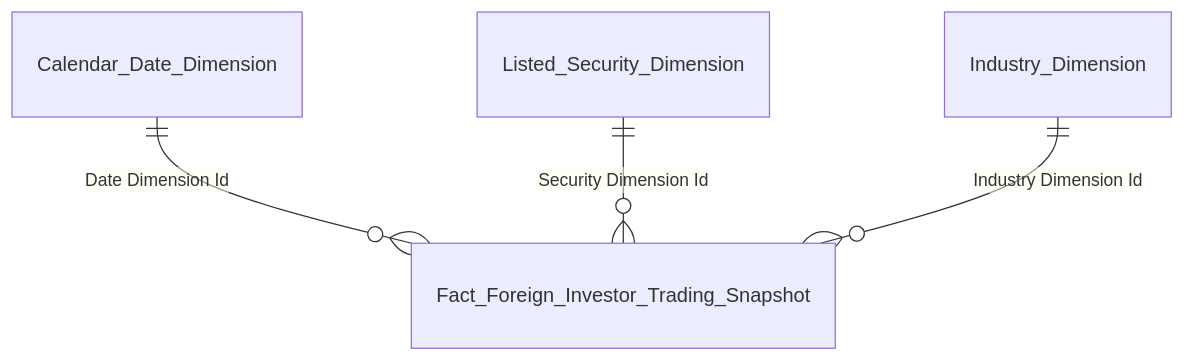
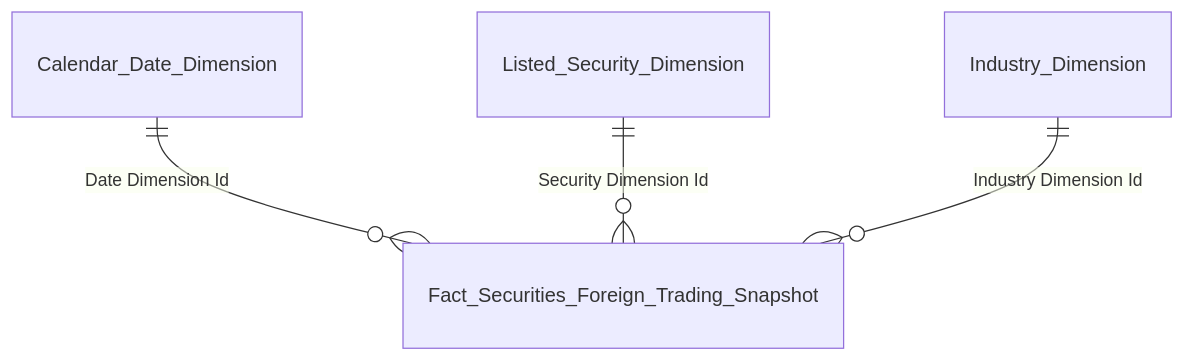
One commit to linhlvit/ubck_atomic_design changed the first of 20 diagrams in Gold/hld/GOLD_NDTNN_HLD.md. Above: the diagram before and after it, drawn with Mermaid. The commit also changed other lines of this file and 1 other file, not shown here.

````diff
--- a/Gold/hld/GOLD_NDTNN_HLD.md
+++ b/Gold/hld/GOLD_NDTNN_HLD.md
@@ -52,6 +52,6 @@
 ```mermaid
 erDiagram
-    Calendar_Date_Dimension ||--o{ Fact_Foreign_Investor_Trading_Snapshot : "Date Dimension Id"
-    Listed_Security_Dimension ||--o{ Fact_Foreign_Investor_Trading_Snapshot : "Security Dimension Id"
-    Industry_Dimension ||--o{ Fact_Foreign_Investor_Trading_Snapshot : "Industry Dimension Id"
+    Calendar_Date_Dimension ||--o{ Fact_Securities_Foreign_Trading_Snapshot : "Date Dimension Id"
+    Listed_Security_Dimension ||--o{ Fact_Securities_Foreign_Trading_Snapshot : "Security Dimension Id"
+    Industry_Dimension ||--o{ Fact_Securities_Foreign_Trading_Snapshot : "Industry Dimension Id"
 ```
````
